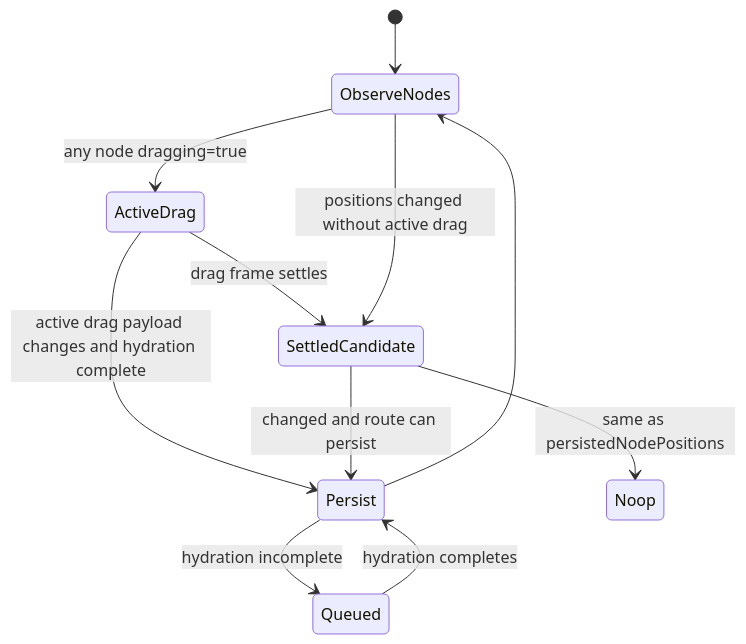
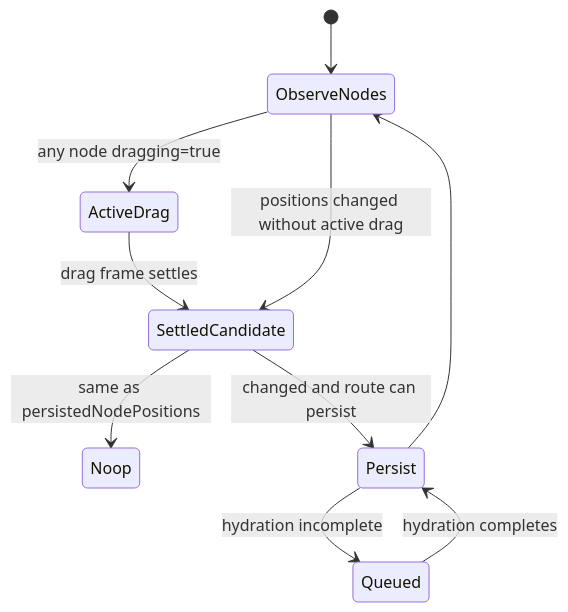
The third of 4 diagrams in docs/architecture/components/web/graph/canvas-layout-persistence-component.md (dunay2/dvt), drawn with Mermaid before and after one commit. The commit also changed other lines of this file, not shown here.

Commit message:
docs(web): record settled-only Canvas drag persistence (#2963)

````diff
--- a/docs/architecture/components/web/graph/canvas-layout-persistence-component.md
+++ b/docs/architecture/components/web/graph/canvas-layout-persistence-component.md
@@ -154,13 +154,12 @@
 ```mermaid
 stateDiagram-v2
   [*] --> ObserveNodes
   ObserveNodes --> ActiveDrag: any node dragging=true
-  ActiveDrag --> Persist: active drag payload changes and hydration complete
   ActiveDrag --> SettledCandidate: drag frame settles
   ObserveNodes --> SettledCandidate: positions changed without active drag
   SettledCandidate --> Noop: same as persistedNodePositions
   SettledCandidate --> Persist: changed and route can persist
   Persist --> Queued: hydration incomplete
   Queued --> Persist: hydration completes
   Persist --> ObserveNodes
 ```
````
